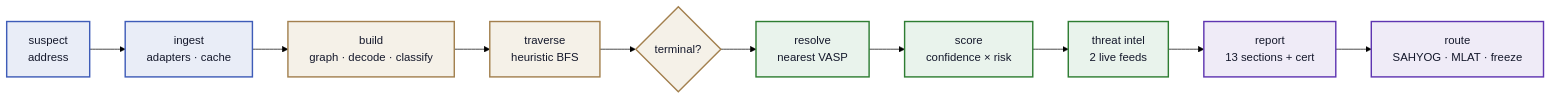
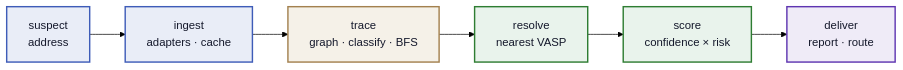
Before and after one commit to QuantumDev-CERN/Automated-Vasp-Atrribution-Engine: the first of 4 diagrams in README.md, drawn with Mermaid (forest theme). The commit also changed other lines of this file, not shown here.

Commit message:
docs: research-backed compact diagrams — 6-stage pipeline, 6-participant lifecycle

````diff
--- a/README.md
+++ b/README.md
@@ -75,17 +75,13 @@
 ```mermaid
 flowchart LR
     classDef ingest fill:#E9EDF7,stroke:#3E5CB8,stroke-width:2px,color:#14182B
     classDef build fill:#F5F1E8,stroke:#A3804E,stroke-width:2px,color:#14182B
     classDef score fill:#E9F3EC,stroke:#2E7D32,stroke-width:2px,color:#14182B
     classDef out fill:#EFEBF7,stroke:#5E35B1,stroke-width:2px,color:#14182B
 
     A["suspect<br/>address"]:::ingest --> B["ingest<br/>adapters · cache"]:::ingest
-    B --> C["build<br/>graph · decode · classify"]:::build
-    C --> D["traverse<br/>heuristic BFS"]:::build
-    D --> E{"terminal?"}:::build
-    E --> F["resolve<br/>nearest VASP"]:::score
-    F --> G["score<br/>confidence × risk"]:::score
-    G --> H["threat intel<br/>2 live feeds"]:::score
-    H --> I["report<br/>13 sections + cert"]:::out
-    I --> J["route<br/>SAHYOG · MLAT · freeze"]:::out
+    B --> C["trace<br/>graph · classify · BFS"]:::build
+    C --> D["resolve<br/>nearest VASP"]:::score
+    D --> E["score<br/>confidence × risk"]:::score
+    E --> F["deliver<br/>report · route"]:::out
 ```
````
